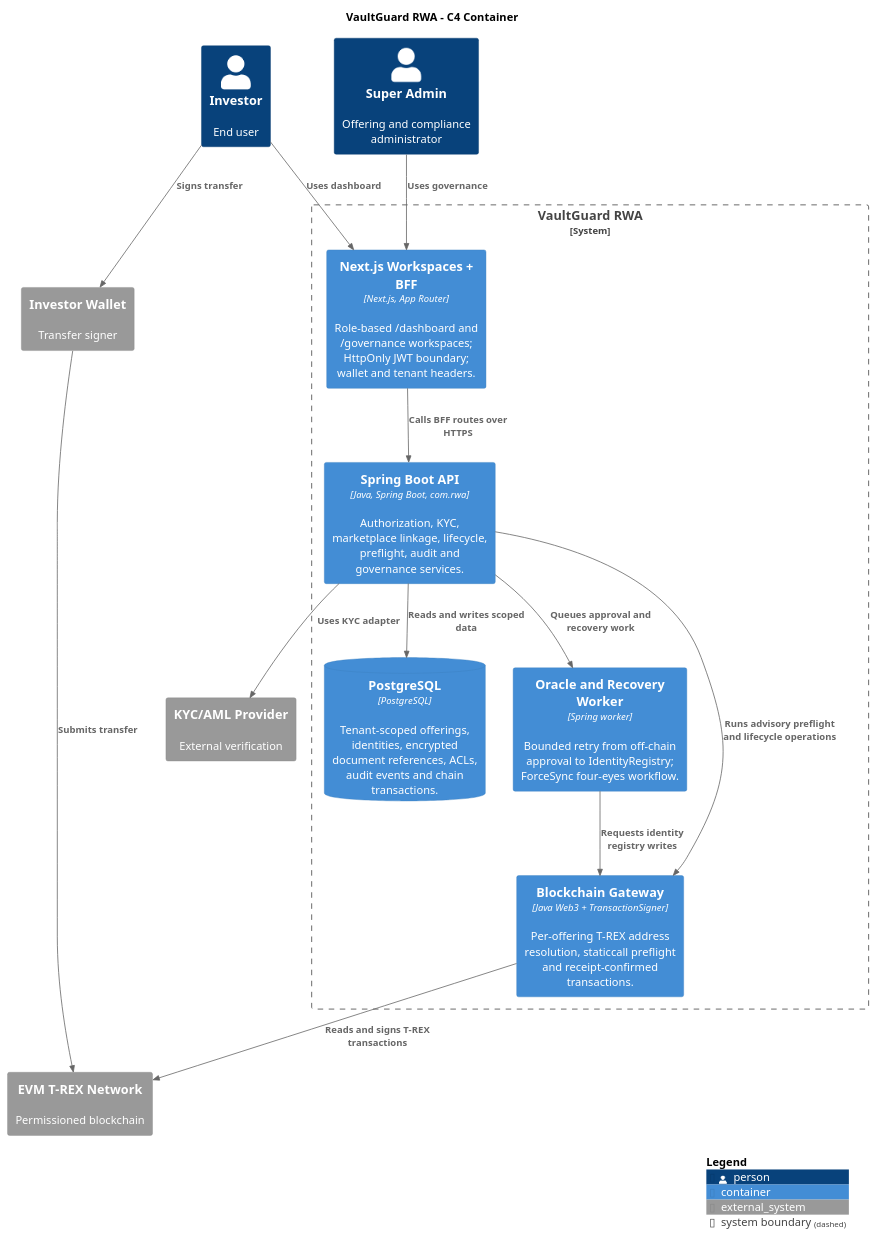
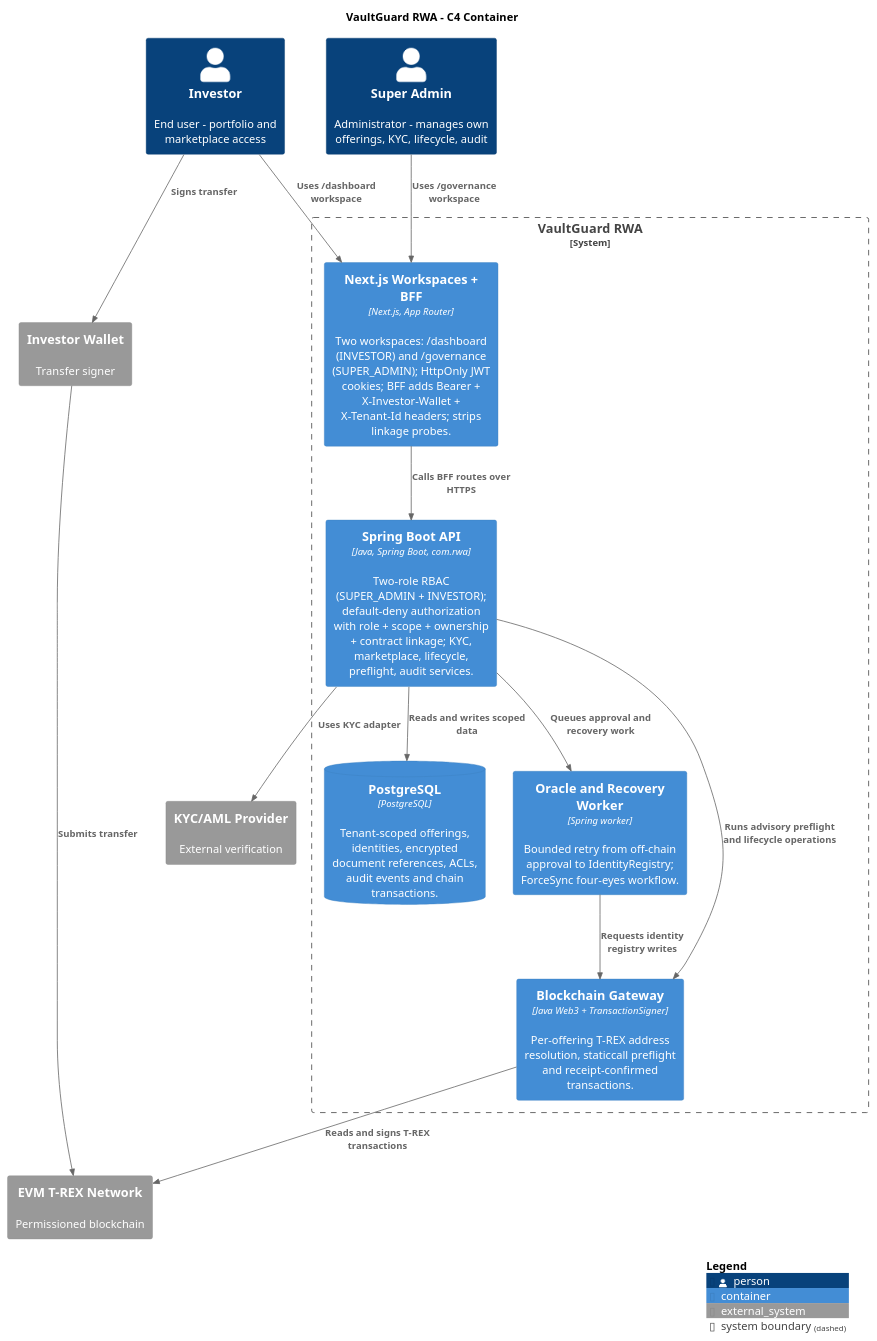
One commit to andreilopes11/rwa-tokenized-compliance-platform changed the diagram in Diagrams/2.C4-Container Diagram.puml. Above: the diagram before and after it, drawn with PlantUML. The commit also changed 25 other files, not shown here.

```diff
--- a/Diagrams/2.C4-Container Diagram.puml
+++ b/Diagrams/2.C4-Container Diagram.puml
@@ -1,33 +1,33 @@
 @startuml VaultGuard-C4-Container
 !include https://raw.githubusercontent.com/plantuml-stdlib/C4-PlantUML/master/C4_Container.puml
 
 title VaultGuard RWA - C4 Container
 
-Person(investor, "Investor", "End user")
-Person(admin, "Super Admin", "Offering and compliance administrator")
+Person(investor, "Investor", "End user - portfolio and marketplace access")
+Person(superAdmin, "Super Admin", "Administrator - manages own offerings, KYC, lifecycle, audit")
 System_Ext(kyc, "KYC/AML Provider", "External verification")
 System_Ext(chain, "EVM T-REX Network", "Permissioned blockchain")
 System_Ext(wallet, "Investor Wallet", "Transfer signer")
 
 System_Boundary(vaultguard, "VaultGuard RWA") {
-	Container(web, "Next.js Workspaces + BFF", "Next.js, App Router", "Role-based /dashboard and /governance workspaces; HttpOnly JWT boundary; wallet and tenant headers.")
-	Container(api, "Spring Boot API", "Java, Spring Boot, com.rwa", "Authorization, KYC, marketplace linkage, lifecycle, preflight, audit and governance services.")
+	Container(web, "Next.js Workspaces + BFF", "Next.js, App Router", "Two workspaces: /dashboard (INVESTOR) and /governance (SUPER_ADMIN); HttpOnly JWT cookies; BFF adds Bearer + X-Investor-Wallet + X-Tenant-Id headers; strips linkage probes.")
+	Container(api, "Spring Boot API", "Java, Spring Boot, com.rwa", "Two-role RBAC (SUPER_ADMIN + INVESTOR); default-deny authorization with role + scope + ownership + contract linkage; KYC, marketplace, lifecycle, preflight, audit services.")
 	ContainerDb(db, "PostgreSQL", "PostgreSQL", "Tenant-scoped offerings, identities, encrypted document references, ACLs, audit events and chain transactions.")
 	Container(worker, "Oracle and Recovery Worker", "Spring worker", "Bounded retry from off-chain approval to IdentityRegistry; ForceSync four-eyes workflow.")
 	Container(gateway, "Blockchain Gateway", "Java Web3 + TransactionSigner", "Per-offering T-REX address resolution, staticcall preflight and receipt-confirmed transactions.")
 }
 
-Rel(investor, web, "Uses dashboard")
-Rel(admin, web, "Uses governance")
+Rel(investor, web, "Uses /dashboard workspace")
+Rel(superAdmin, web, "Uses /governance workspace")
 Rel(web, api, "Calls BFF routes over HTTPS")
 Rel(api, db, "Reads and writes scoped data")
 Rel(api, kyc, "Uses KYC adapter")
 Rel(api, worker, "Queues approval and recovery work")
 Rel(worker, gateway, "Requests identity registry writes")
 Rel(gateway, chain, "Reads and signs T-REX transactions")
 Rel(investor, wallet, "Signs transfer")
 Rel(wallet, chain, "Submits transfer")
 Rel(api, gateway, "Runs advisory preflight and lifecycle operations")
 
 SHOW_LEGEND()
 @enduml
```
